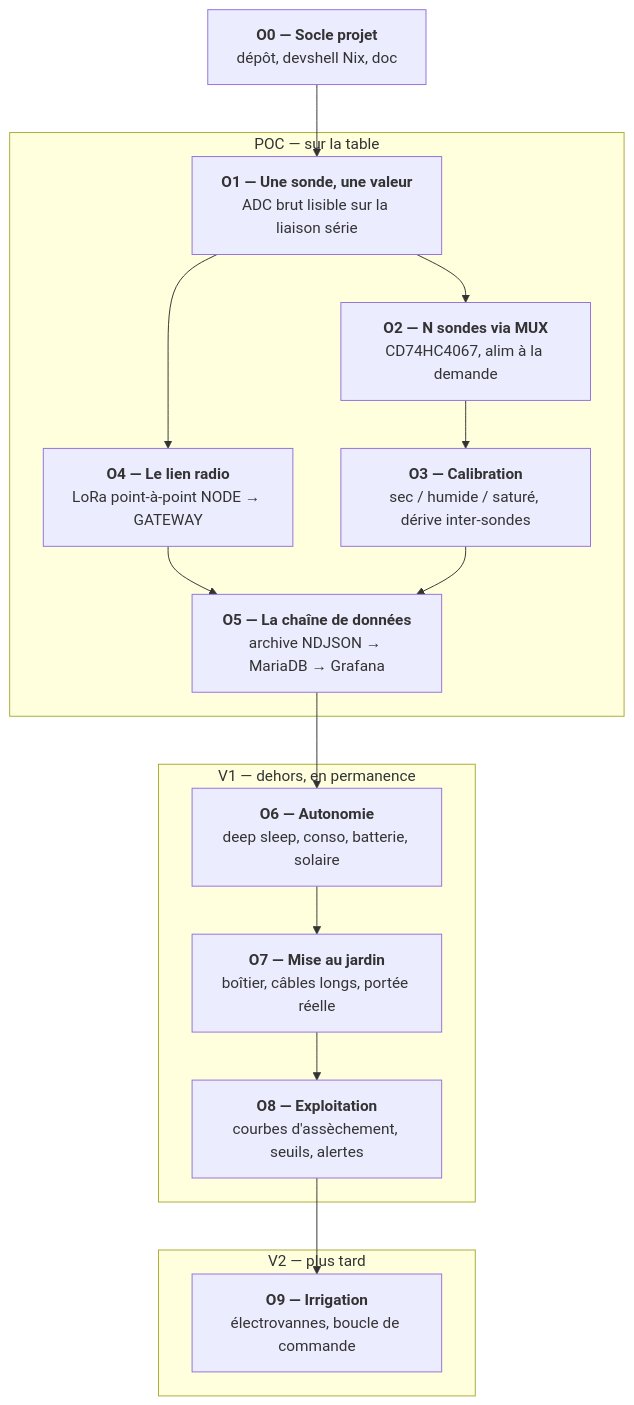
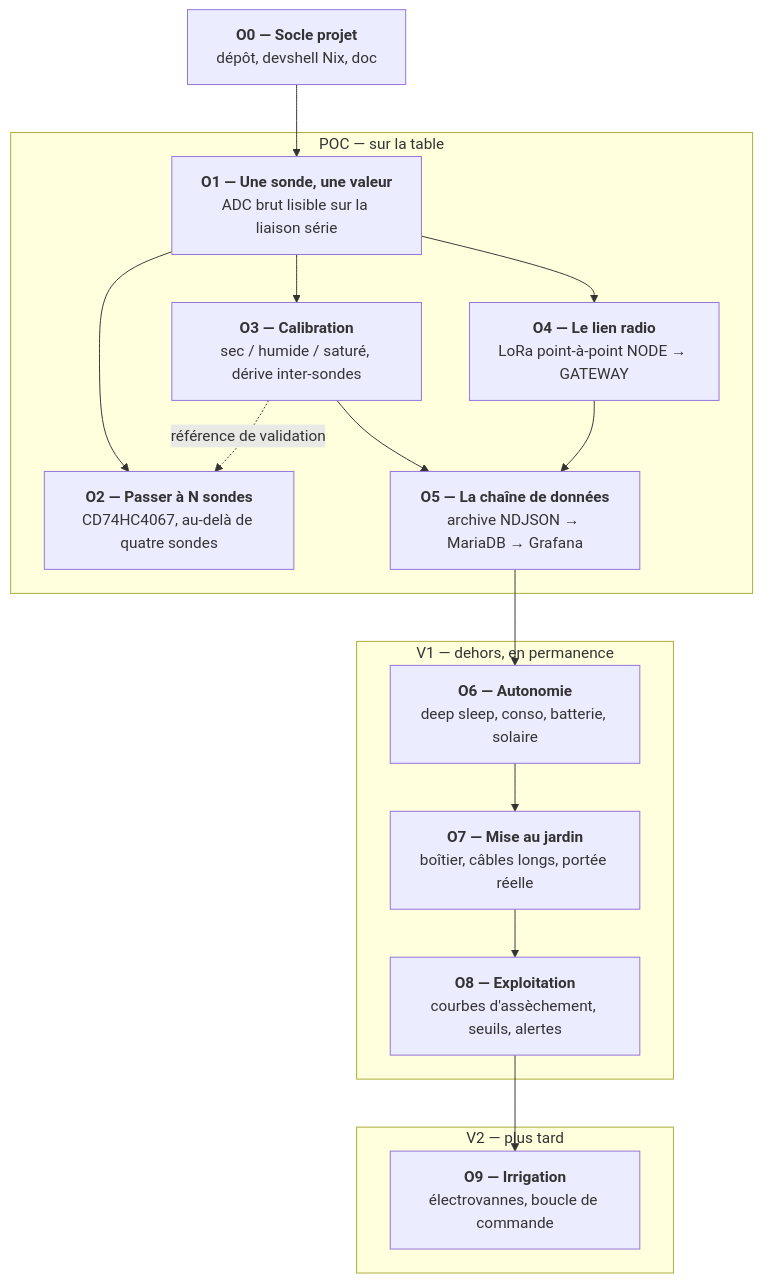
The first of 2 diagrams in docs/src/content/docs/projet/feuille-de-route.md (gfriloux/jardin), drawn with Mermaid before and after one commit. The commit also changed other lines of this file and 5 other files, not shown here.

````diff
--- a/docs/src/content/docs/projet/feuille-de-route.md
+++ b/docs/src/content/docs/projet/feuille-de-route.md
@@ -15,40 +15,41 @@
 ```mermaid
 flowchart TD
     O0["<b>O0 — Socle projet</b><br/>dépôt, devshell Nix, doc"]
     O1["<b>O1 — Une sonde, une valeur</b><br/>ADC brut lisible sur la liaison série"]
-    O2["<b>O2 — N sondes via MUX</b><br/>CD74HC4067, alim à la demande"]
+    O2["<b>O2 — Passer à N sondes</b><br/>CD74HC4067, au-delà de quatre sondes"]
     O3["<b>O3 — Calibration</b><br/>sec / humide / saturé, dérive inter-sondes"]
     O4["<b>O4 — Le lien radio</b><br/>LoRa point-à-point NODE → GATEWAY"]
     O5["<b>O5 — La chaîne de données</b><br/>archive NDJSON → MariaDB → Grafana"]
     O6["<b>O6 — Autonomie</b><br/>deep sleep, conso, batterie, solaire"]
     O7["<b>O7 — Mise au jardin</b><br/>boîtier, câbles longs, portée réelle"]
     O8["<b>O8 — Exploitation</b><br/>courbes d'assèchement, seuils, alertes"]
     O9["<b>O9 — Irrigation</b><br/>électrovannes, boucle de commande"]
 
     O0 --> O1
     O1 --> O2
-    O2 --> O3
+    O1 --> O3
+    O3 -.->|référence de validation| O2
     O1 --> O4
     O4 --> O5
     O3 --> O5
     O5 --> O6
     O6 --> O7
     O7 --> O8
     O8 --> O9
 
     subgraph POC["POC — sur la table"]
         O1
         O2
         O3
         O4
         O5
     end
     subgraph V1["V1 — dehors, en permanence"]
         O6
         O7
         O8
     end
     subgraph V2["V2 — plus tard"]
         O9
     end
 ```
````
